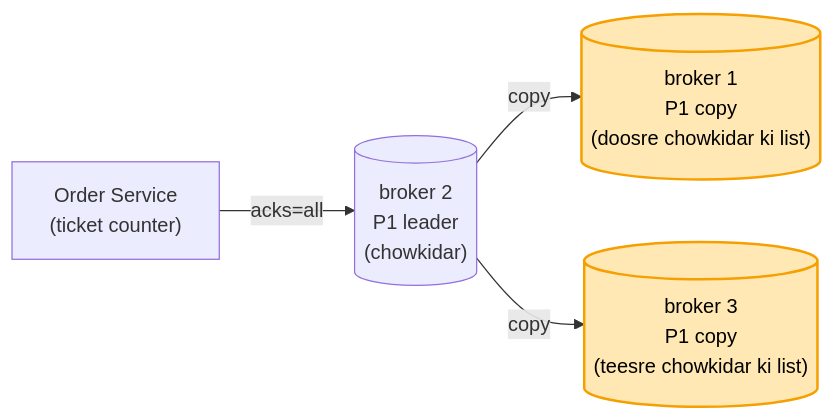
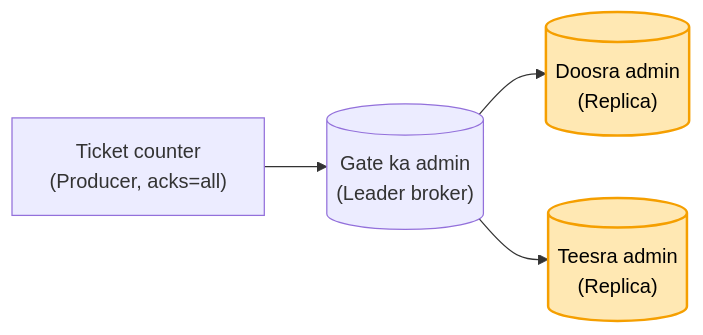
The third of 4 diagrams in 04_HLD/SYSTEM_DESIGNS/12_message_queue_kafka/12_message_queue_kafka.md (ArpanMaheshwari144/Prep), drawn with Mermaid before and after one commit. The commit also changed other lines of this file and 13 other files, not shown here.

````diff
--- a/04_HLD/SYSTEM_DESIGNS/12_message_queue_kafka/12_message_queue_kafka.md
+++ b/04_HLD/SYSTEM_DESIGNS/12_message_queue_kafka/12_message_queue_kafka.md
@@ -283,8 +101,8 @@
 ```mermaid
 flowchart LR
-    O["Order Service<br/>(ticket counter)"] -- "acks=all" --> L[("broker 2<br/>P1 leader<br/>(chowkidar)")]
-    L -- "copy" --> A[("broker 1<br/>P1 copy<br/>(doosre chowkidar ki list)")]
-    L -- "copy" --> C[("broker 3<br/>P1 copy<br/>(teesre chowkidar ki list)")]
-    style A fill:#ffe8b3,stroke:#f59f00,stroke-width:2px,color:#000
-    style C fill:#ffe8b3,stroke:#f59f00,stroke-width:2px,color:#000
+    O["Ticket counter<br/>(Producer, acks=all)"] --> L[("Gate ka admin<br/>(Leader broker)")]
+    L --> R1[("Doosra admin<br/>(Replica)")]
+    L --> R2[("Teesra admin<br/>(Replica)")]
+    style R1 fill:#ffe8b3,stroke:#f59f00,stroke-width:2px,color:#000
+    style R2 fill:#ffe8b3,stroke:#f59f00,stroke-width:2px,color:#000
 ```
````
